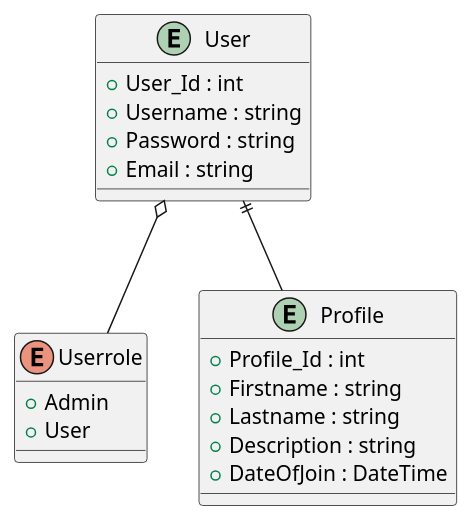
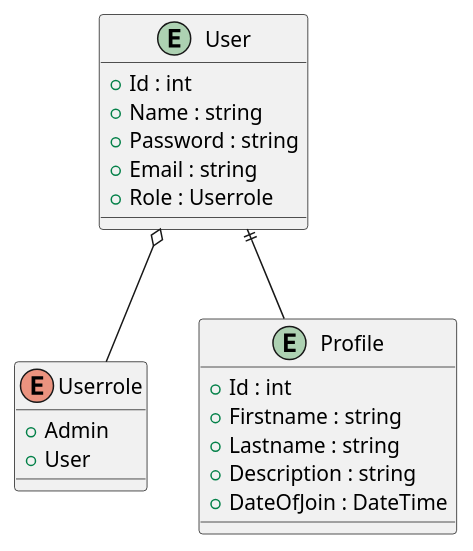
One commit to IlyaFreydkin/Chatify changed the diagram in UML/model.puml. Above: the diagram before and after it, drawn with PlantUML. The commit also changed 9 other files, not shown here.

```diff
--- a/UML/model.puml
+++ b/UML/model.puml
@@ -1,25 +1,26 @@
 @startuml "Model"
 entity User
 {
-    + User_Id : int 
-    + Username : string
+    + Id : int 
+    + Name : string
     + Password : string
     + Email : string
+    + Role : Userrole
 }
 enum Userrole
 {
     + Admin
     + User
 }
 entity Profile 
 {
-    + Profile_Id : int 
+    + Id : int 
     + Firstname : string
     + Lastname : string
     + Description : string  
     + DateOfJoin : DateTime
 }
 
 User o-- Userrole
 User ||-- Profile
 @enduml
```
